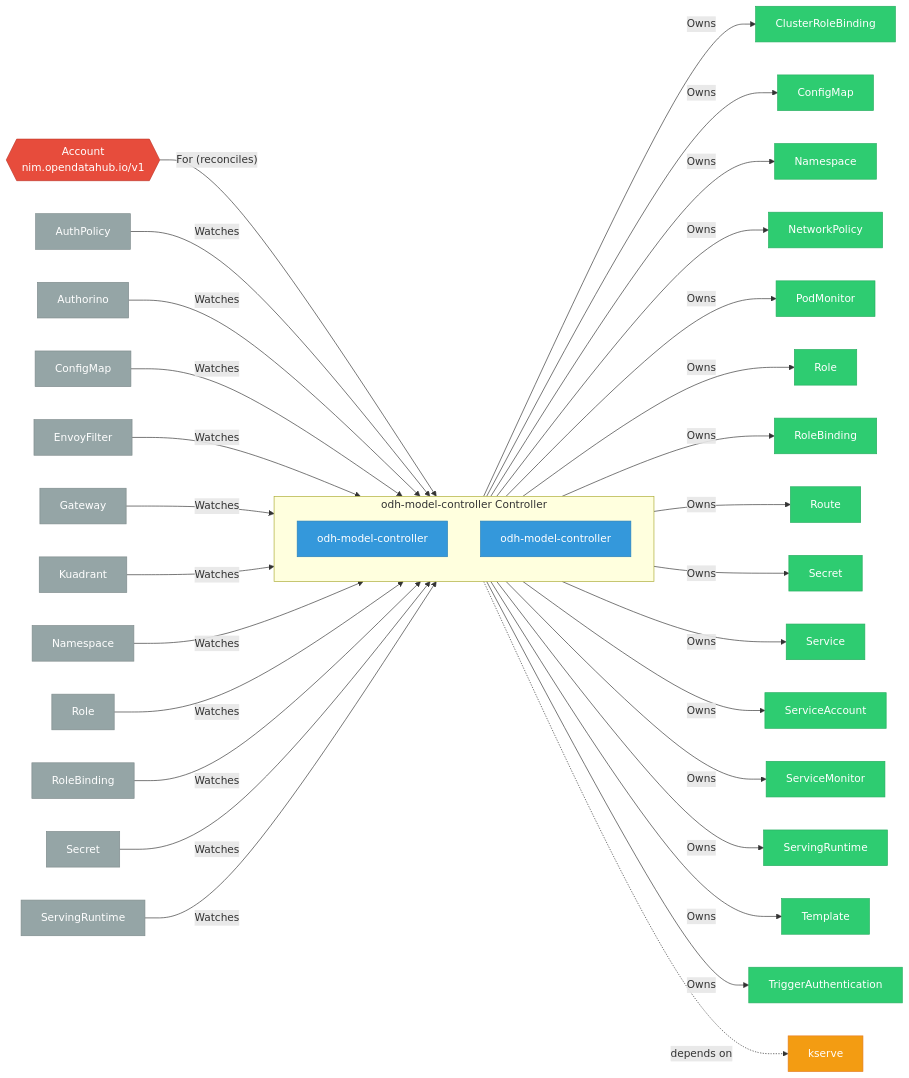
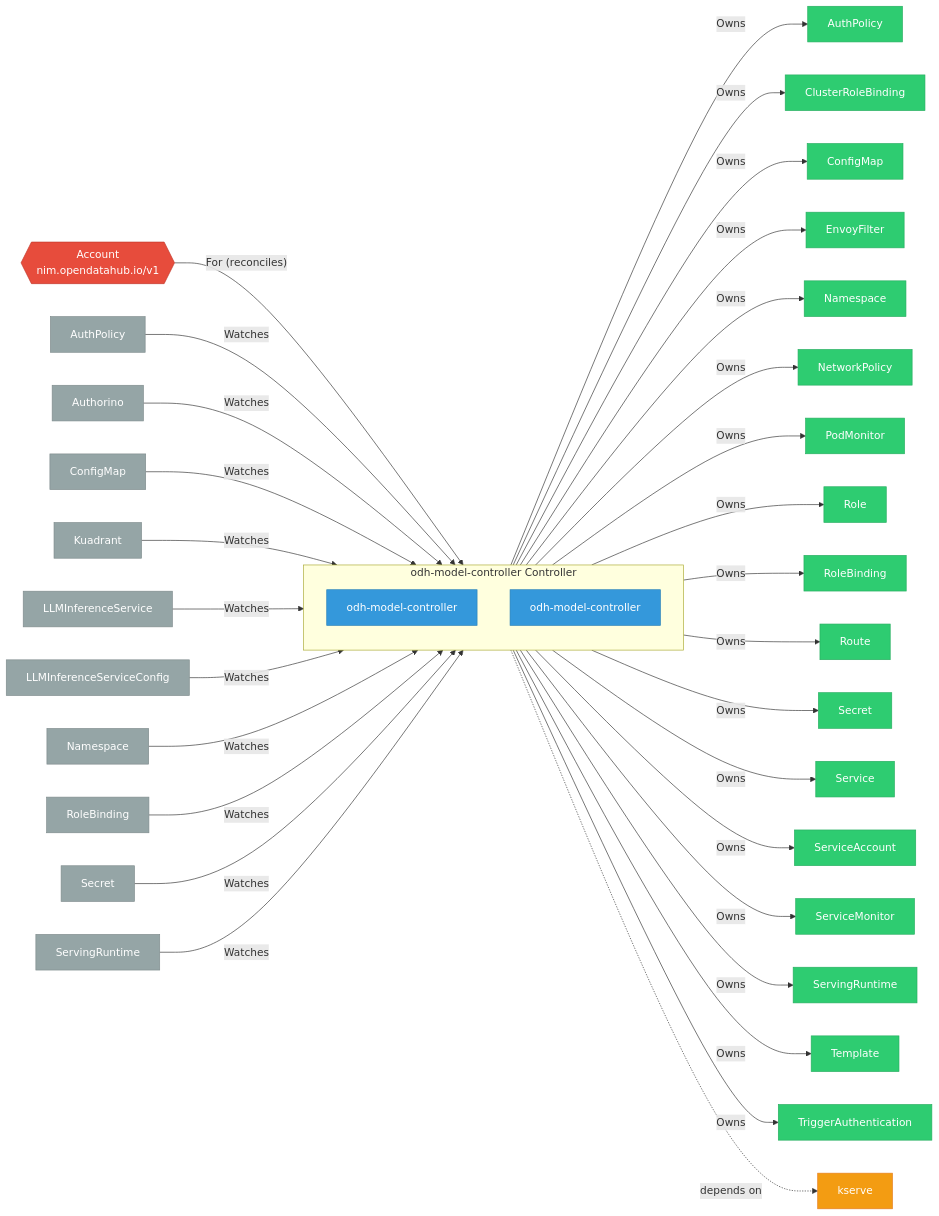
One commit to ugiordan/rhoai-architecture-analyzer changed the diagram in site/docs/rhoai-platform/components/odh_model_controller/index.md. Above: the diagram before and after it, drawn with Mermaid. The commit also changed other lines of this file and 214 other files, not shown here.

````diff
--- a/site/docs/rhoai-platform/components/odh_model_controller/index.md
+++ b/site/docs/rhoai-platform/components/odh_model_controller/index.md
@@ -22,75 +25,77 @@
 ```mermaid
 graph LR
     %% Component architecture for odh-model-controller
 
     classDef crd fill:#e74c3c,stroke:#c0392b,color:#fff
     classDef controller fill:#3498db,stroke:#2980b9,color:#fff
     classDef owned fill:#2ecc71,stroke:#27ae60,color:#fff
     classDef external fill:#95a5a6,stroke:#7f8c8d,color:#fff
     classDef dep fill:#f39c12,stroke:#e67e22,color:#fff
 
     subgraph controller["odh-model-controller Controller"]
         dep_1["odh-model-controller"]
         class dep_1 controller
         dep_2["odh-model-controller"]
         class dep_2 controller
     end
 
     crd_Account{{"Account\nnim.opendatahub.io/v1"}}
     class crd_Account crd
     crd_Account -->|"For (reconciles)"| controller
-    controller -->|"Owns"| owned_3["ClusterRoleBinding"]
+    controller -->|"Owns"| owned_3["AuthPolicy"]
     class owned_3 owned
-    controller -->|"Owns"| owned_4["ConfigMap"]
+    controller -->|"Owns"| owned_4["ClusterRoleBinding"]
     class owned_4 owned
-    controller -->|"Owns"| owned_5["Namespace"]
+    controller -->|"Owns"| owned_5["ConfigMap"]
     class owned_5 owned
-    controller -->|"Owns"| owned_6["NetworkPolicy"]
+    controller -->|"Owns"| owned_6["EnvoyFilter"]
     class owned_6 owned
-    controller -->|"Owns"| owned_7["PodMonitor"]
+    controller -->|"Owns"| owned_7["Namespace"]
     class owned_7 owned
-    controller -->|"Owns"| owned_8["Role"]
+    controller -->|"Owns"| owned_8["NetworkPolicy"]
     class owned_8 owned
-    controller -->|"Owns"| owned_9["RoleBinding"]
+    controller -->|"Owns"| owned_9["PodMonitor"]
     class owned_9 owned
-    controller -->|"Owns"| owned_10["Route"]
+    controller -->|"Owns"| owned_10["Role"]
     class owned_10 owned
-    controller -->|"Owns"| owned_11["Secret"]
+    controller -->|"Owns"| owned_11["RoleBinding"]
     class owned_11 owned
-    controller -->|"Owns"| owned_12["Service"]
+    controller -->|"Owns"| owned_12["Route"]
     class owned_12 owned
-    controller -->|"Owns"| owned_13["ServiceAccount"]
+    controller -->|"Owns"| owned_13["Secret"]
     class owned_13 owned
-    controller -->|"Owns"| owned_14["ServiceMonitor"]
+    controller -->|"Owns"| owned_14["Service"]
     class owned_14 owned
-    controller -->|"Owns"| owned_15["ServingRuntime"]
+    controller -->|"Owns"| owned_15["ServiceAccount"]
     class owned_15 owned
-    controller -->|"Owns"| owned_16["Template"]
+    controller -->|"Owns"| owned_16["ServiceMonitor"]
     class owned_16 owned
-    controller -->|"Owns"| owned_17["TriggerAuthentication"]
+    controller -->|"Owns"| owned_17["ServingRuntime"]
     class owned_17 owned
-    watch_18["AuthPolicy"] -->|"Watches"| controller
-    class watch_18 external
-    watch_19["Authorino"] -->|"Watches"| controller
-    class watch_19 external
-    watch_20["ConfigMap"] -->|"Watches"| controller
+    controller -->|"Owns"| owned_18["Template"]
+    class owned_18 owned
+    controller -->|"Owns"| owned_19["TriggerAuthentication"]
+    class owned_19 owned
+    watch_20["AuthPolicy"] -->|"Watches"| controller
     class watch_20 external
-    watch_21["EnvoyFilter"] -->|"Watches"| controller
+    watch_21["Authorino"] -->|"Watches"| controller
     class watch_21 external
-    watch_22["Gateway"] -->|"Watches"| controller
+    watch_22["ConfigMap"] -->|"Watches"| controller
     class watch_22 external
     watch_23["Kuadrant"] -->|"Watches"| controller
     class watch_23 external
-    watch_24["Namespace"] -->|"Watches"| controller
+    watch_24["LLMInferenceService"] -->|"Watches"| controller
     class watch_24 external
-    watch_25["Role"] -->|"Watches"| controller
+    watch_25["LLMInferenceServiceConfig"] -->|"Watches"| controller
     class watch_25 external
-    watch_26["RoleBinding"] -->|"Watches"| controller
+    watch_26["Namespace"] -->|"Watches"| controller
     class watch_26 external
-    watch_27["Secret"] -->|"Watches"| controller
+    watch_27["RoleBinding"] -->|"Watches"| controller
     class watch_27 external
-    watch_28["ServingRuntime"] -->|"Watches"| controller
+    watch_28["Secret"] -->|"Watches"| controller
     class watch_28 external
-    controller -.->|"depends on"| odh_29["kserve"]
-    class odh_29 dep
+    watch_29["ServingRuntime"] -->|"Watches"| controller
+    class watch_29 external
+    controller -.->|"depends on"| odh_30["kserve"]
+    class odh_30 dep
 ```
````
